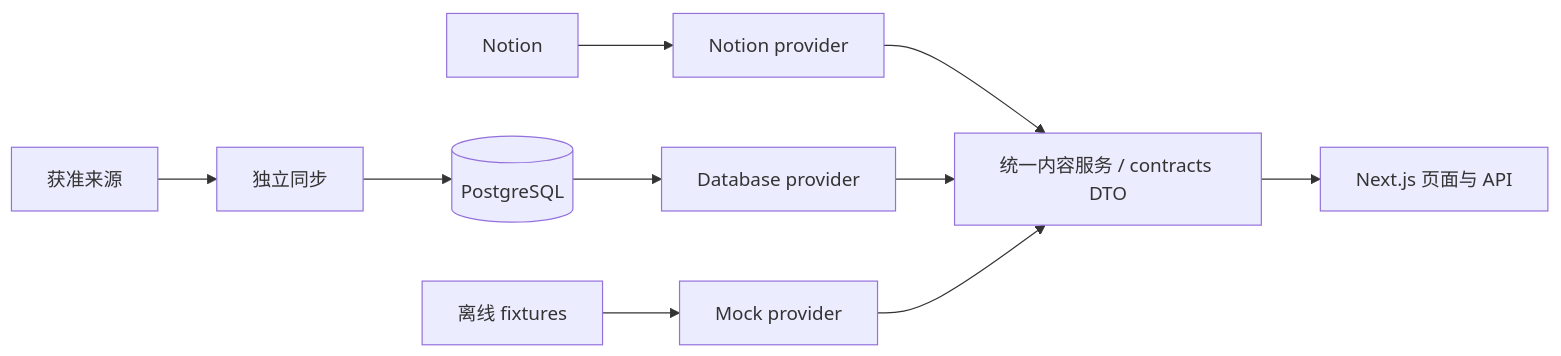
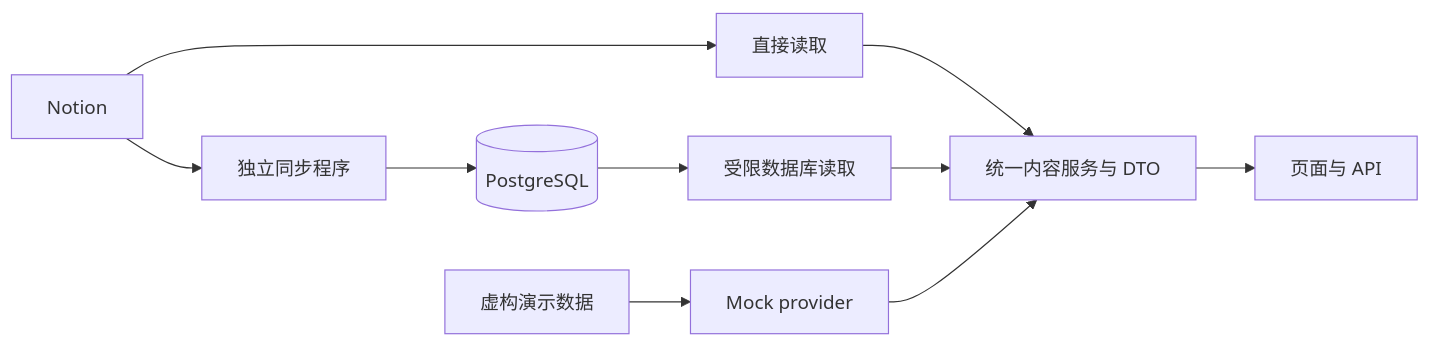
The diagram in README.md (jimmyhuang22/NotionBlog), drawn with Mermaid before and after one commit. The commit also changed other lines of this file and 10 other files, not shown here.

````diff
--- a/README.md
+++ b/README.md
@@ -72,11 +133,12 @@
 ```mermaid
 flowchart LR
-    N[Notion] --> NP[Notion provider]
-    S[获准来源] --> W[独立同步]
-    W --> DB[(PostgreSQL)] --> DP[Database provider]
-    F[离线 fixtures] --> MP[Mock provider]
-    NP --> C[统一内容服务 / contracts DTO]
+    N[Notion] --> NP[直接读取]
+    N --> S[独立同步程序]
+    S --> DB[(PostgreSQL)]
+    DB --> DP[受限数据库读取]
+    F[虚构演示数据] --> MP[Mock provider]
+    NP --> C[统一内容服务与 DTO]
     DP --> C
     MP --> C
-    C --> A[Next.js 页面与 API]
+    C --> UI[页面与 API]
 ```
````
